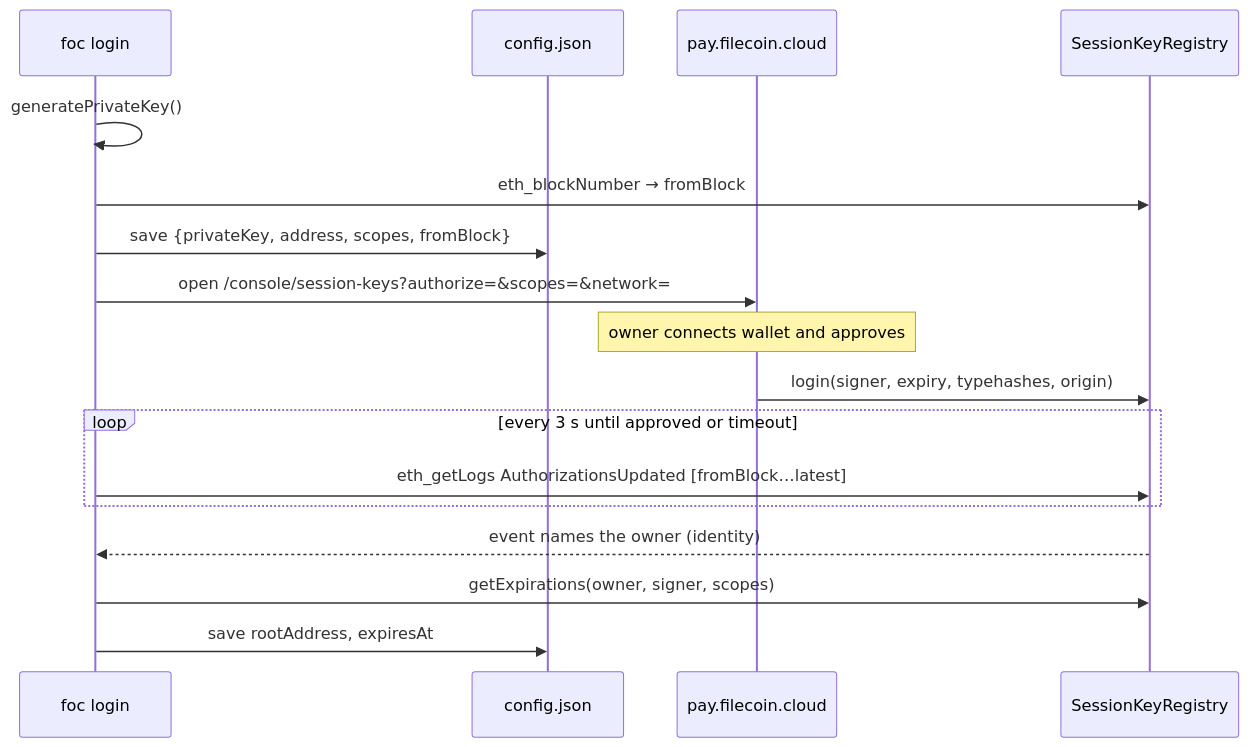
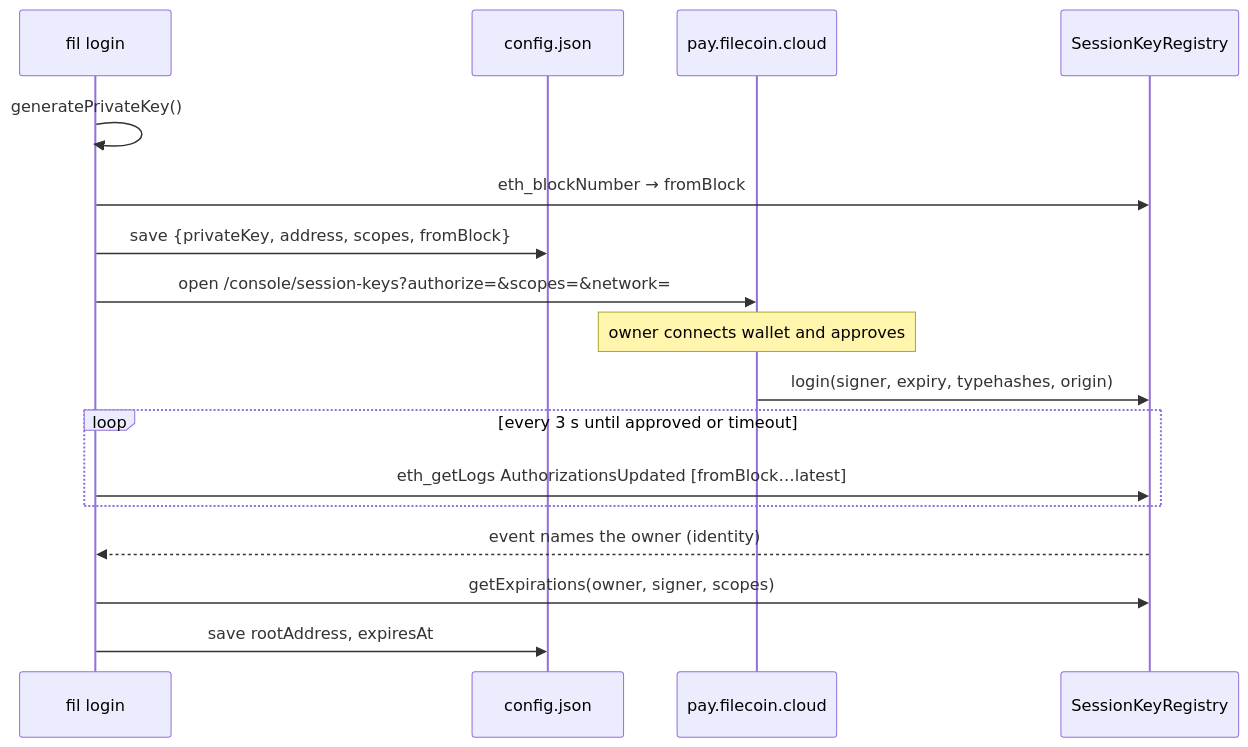
One commit to hugomrdias/fil changed the second of 3 diagrams in docs/architecture.md. Above: the diagram before and after it, drawn with Mermaid. The commit also changed other lines of this file and 107 other files, not shown here.

First line of the commit message:
refactor!: rename foc-cli to fil-cli and the foc command to fil

````diff
--- a/docs/architecture.md
+++ b/docs/architecture.md
@@ -115,20 +115,20 @@
 ```mermaid
 sequenceDiagram
-  participant CLI as foc login
+  participant CLI as fil login
   participant Cfg as config.json
   participant Console as pay.filecoin.cloud
   participant Reg as SessionKeyRegistry
 
   CLI->>CLI: generatePrivateKey()
   CLI->>Reg: eth_blockNumber → fromBlock
   CLI->>Cfg: save {privateKey, address, scopes, fromBlock}
   CLI->>Console: open /console/session-keys?authorize=&scopes=&network=
   Note over Console: owner connects wallet and approves
   Console->>Reg: login(signer, expiry, typehashes, origin)
   loop every 3 s until approved or timeout
     CLI->>Reg: eth_getLogs AuthorizationsUpdated [fromBlock…latest]
   end
   Reg-->>CLI: event names the owner (identity)
   CLI->>Reg: getExpirations(owner, signer, scopes)
   CLI->>Cfg: save rootAddress, expiresAt
 ```
````
